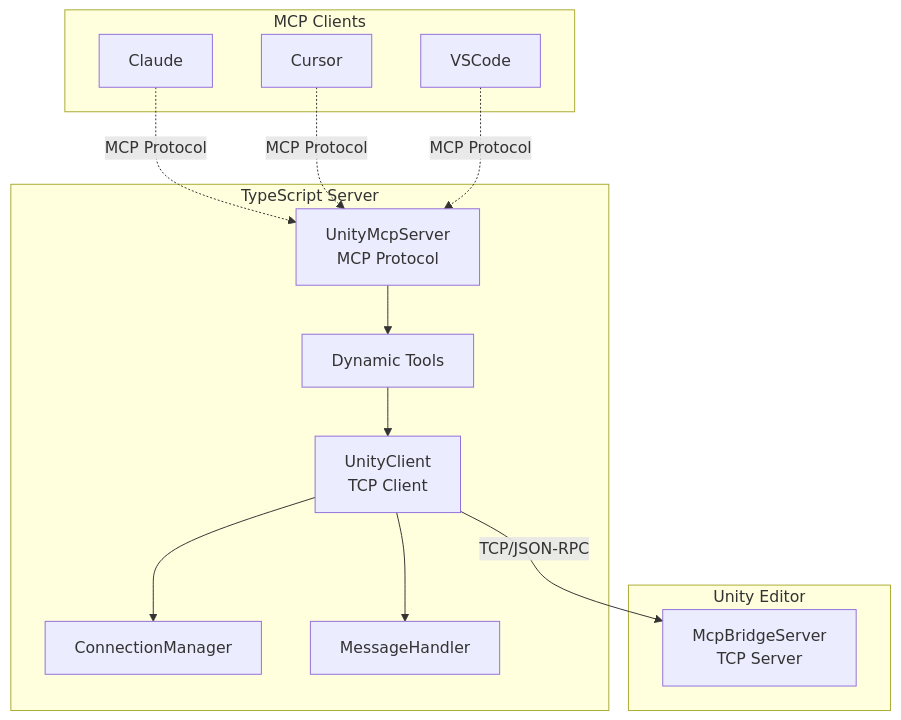
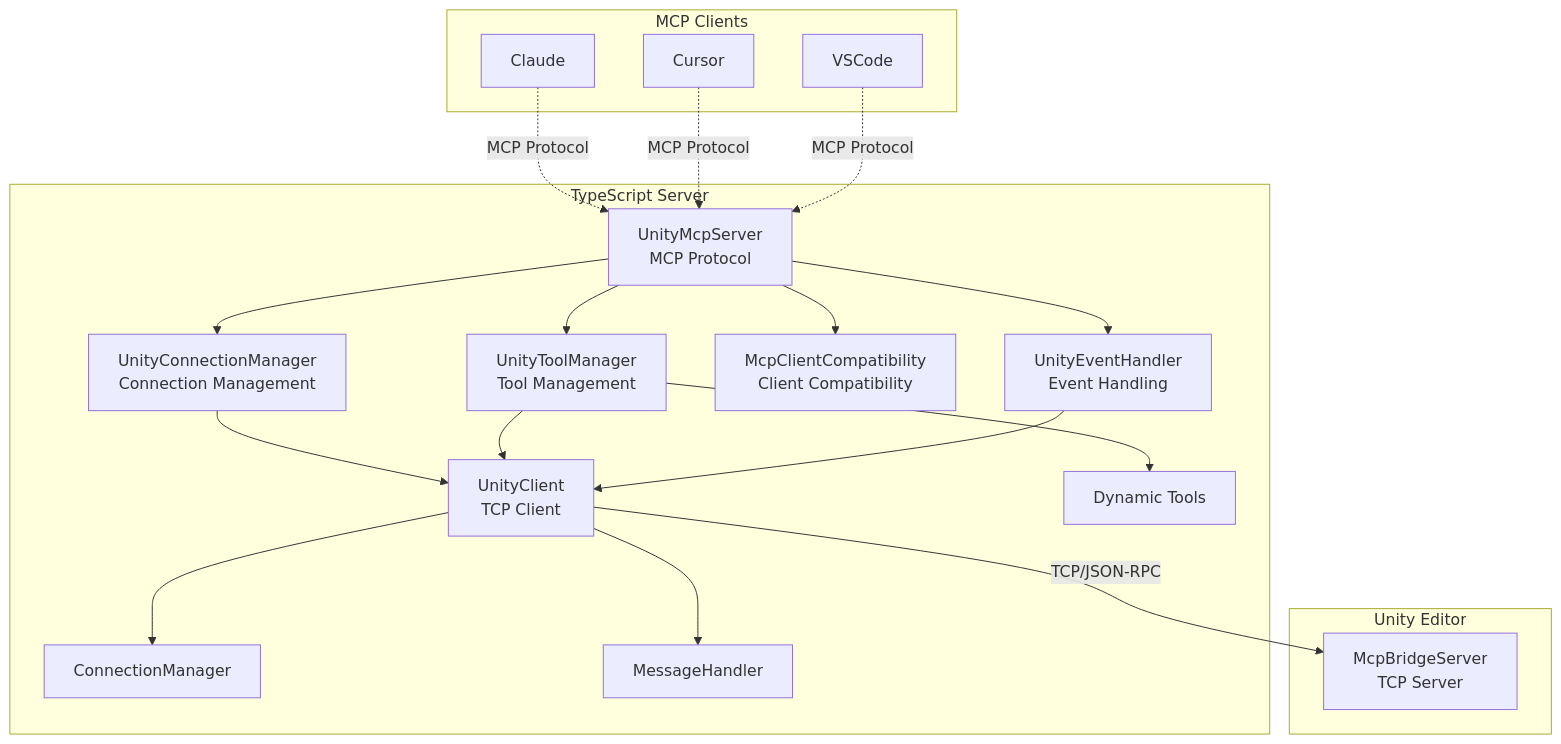
Before and after one commit to hatayama/uMCP: the first of 3 diagrams in Packages/src/TypeScriptServer~/ARCHITECTURE.md, drawn with Mermaid. The commit also changed other lines of this file and 20 other files, not shown here.

````diff
--- a/Packages/src/TypeScriptServer~/ARCHITECTURE.md
+++ b/Packages/src/TypeScriptServer~/ARCHITECTURE.md
@@ -18,30 +18,40 @@
 ```mermaid
 graph TB
     subgraph "MCP Clients"
         Claude[Claude]
         Cursor[Cursor]
         VSCode[VSCode]
     end
     
     subgraph "TypeScript Server"
         MCP[UnityMcpServer<br/>MCP Protocol]
+        UCM[UnityConnectionManager<br/>Connection Management]
+        UTM[UnityToolManager<br/>Tool Management]
+        MCC[McpClientCompatibility<br/>Client Compatibility]
+        UEH[UnityEventHandler<br/>Event Handling]
         UC[UnityClient<br/>TCP Client]
         CM[ConnectionManager]
         MH[MessageHandler]
         Tools[Dynamic Tools]
     end
     
     subgraph "Unity Editor"
         Bridge[McpBridgeServer<br/>TCP Server]
     end
     
     Claude -.->|MCP Protocol| MCP
     Cursor -.->|MCP Protocol| MCP
     VSCode -.->|MCP Protocol| MCP
     
-    MCP --> Tools
-    Tools --> UC
+    MCP --> UCM
+    MCP --> UTM
+    MCP --> MCC
+    MCP --> UEH
+    UCM --> UC
+    UTM --> UC
+    UTM --> Tools
+    UEH --> UC
     UC --> CM
     UC --> MH
     UC -->|TCP/JSON-RPC| Bridge
 ```
````
